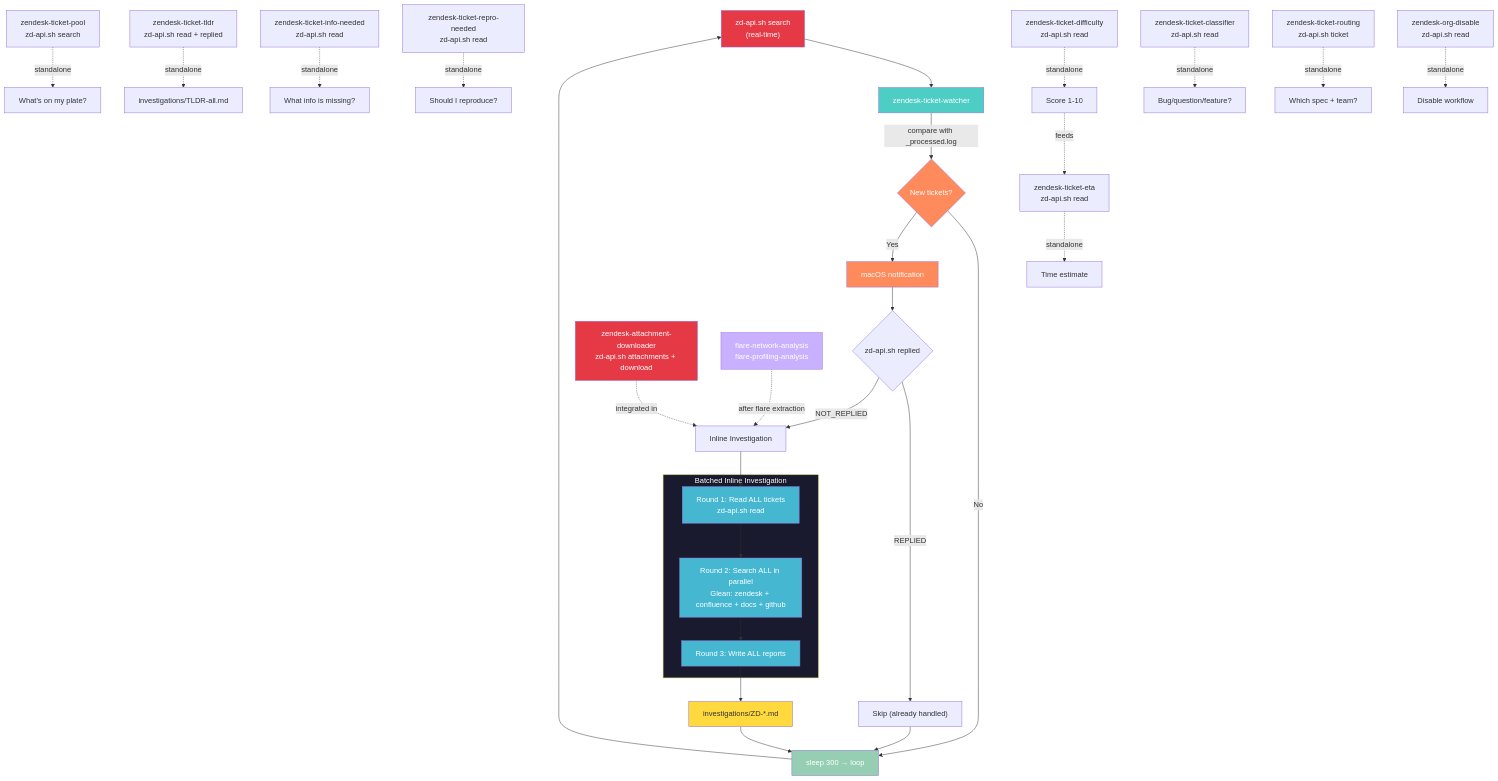
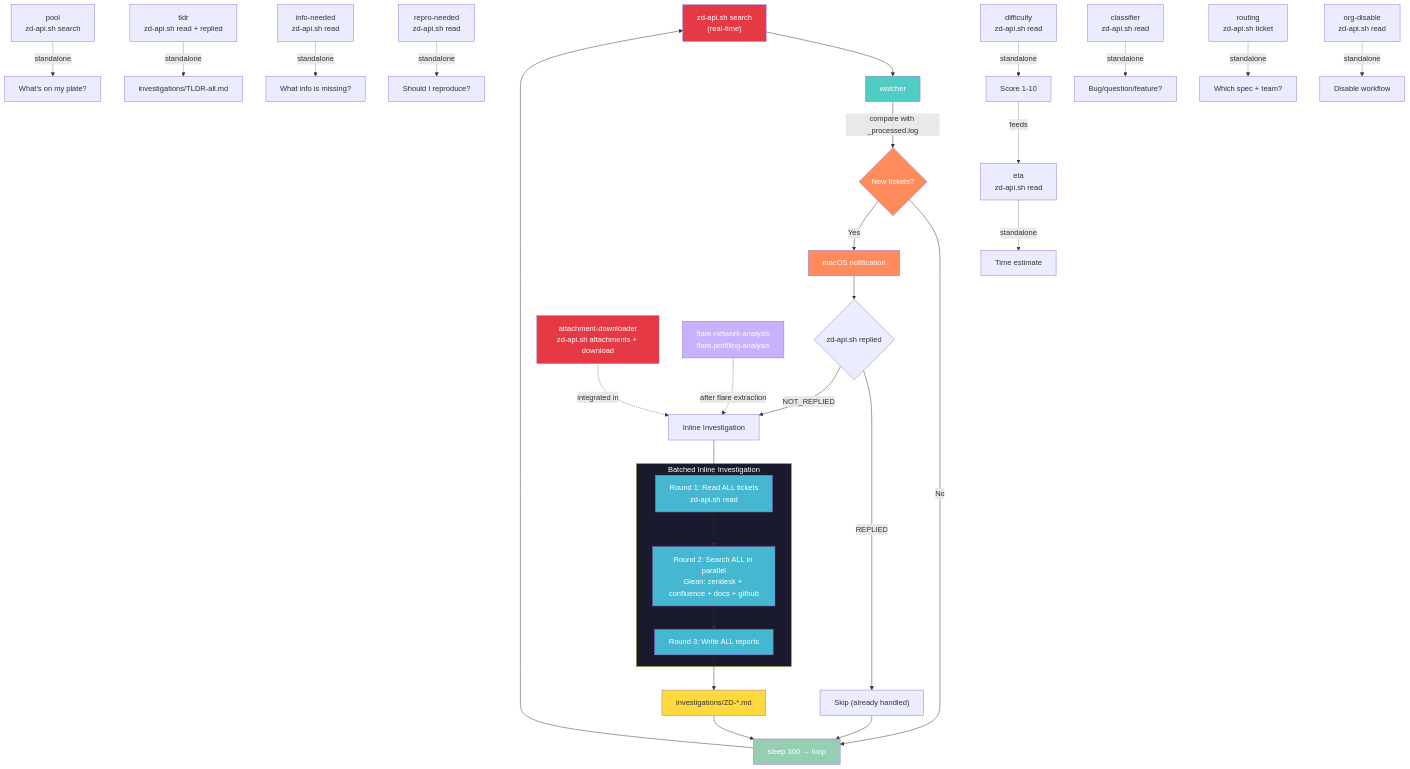
Before and after one commit to ddalexvea/datadog-cursor-diagnose-skills: the second of 2 diagrams in README.md, drawn with Mermaid. The commit also changed other lines of this file and 22 other files, not shown here.

First line of the commit message:
[refactor] Move all zendesk-* skills into zendesk-ticket/ subfolder

````diff
--- a/README.md
+++ b/README.md
@@ -85,49 +110,49 @@
 ```mermaid
 flowchart TD
-    A["zd-api.sh search<br>(real-time)"] --> B[zendesk-ticket-watcher]
+    A["zd-api.sh search<br>(real-time)"] --> B[watcher]
     B -->|"compare with _processed.log"| C{New tickets?}
     C -->|No| S["sleep 300 → loop"]
     C -->|"Yes"| N["macOS notification"]
 
     N --> Reply{"zd-api.sh replied"}
     Reply -->|"REPLIED"| Skip["Skip (already handled)"]
     Reply -->|"NOT_REPLIED"| Inv["Inline Investigation"]
 
     subgraph Investigation["Batched Inline Investigation"]
         R1["Round 1: Read ALL tickets<br>zd-api.sh read"] --> R2["Round 2: Search ALL in parallel<br>Glean: zendesk + confluence + docs + github"]
         R2 --> R3["Round 3: Write ALL reports"]
     end
 
     Inv --> R1
     R3 --> F["investigations/ZD-*.md"]
     F --> S
     Skip --> S
     S --> A
 
-    DL["zendesk-attachment-downloader<br>zd-api.sh attachments + download"] -.->|"integrated in"| Inv
+    DL["attachment-downloader<br>zd-api.sh attachments + download"] -.->|"integrated in"| Inv
     FA["flare-network-analysis<br>flare-profiling-analysis"] -.->|"after flare extraction"| Inv
 
-    G["zendesk-ticket-pool<br>zd-api.sh search"] -.->|standalone| H["What's on my plate?"]
-    T["zendesk-ticket-tldr<br>zd-api.sh read + replied"] -.->|standalone| T1["investigations/TLDR-all.md"]
-    I["zendesk-ticket-info-needed<br>zd-api.sh read"] -.->|standalone| I1["What info is missing?"]
-    J["zendesk-ticket-repro-needed<br>zd-api.sh read"] -.->|standalone| J1["Should I reproduce?"]
-    K["zendesk-ticket-difficulty<br>zd-api.sh read"] -.->|standalone| K1["Score 1-10"]
-    L["zendesk-ticket-eta<br>zd-api.sh read"] -.->|standalone| L1["Time estimate"]
-    CL["zendesk-ticket-classifier<br>zd-api.sh read"] -.->|standalone| CL1["Bug/question/feature?"]
-    RT["zendesk-ticket-routing<br>zd-api.sh ticket"] -.->|standalone| RT1["Which spec + team?"]
-    OD["zendesk-org-disable<br>zd-api.sh read"] -.->|standalone| OD1["Disable workflow"]
+    G["pool<br>zd-api.sh search"] -.->|standalone| H["What's on my plate?"]
+    T["tldr<br>zd-api.sh read + replied"] -.->|standalone| T1["investigations/TLDR-all.md"]
+    I["info-needed<br>zd-api.sh read"] -.->|standalone| I1["What info is missing?"]
+    J["repro-needed<br>zd-api.sh read"] -.->|standalone| J1["Should I reproduce?"]
+    K["difficulty<br>zd-api.sh read"] -.->|standalone| K1["Score 1-10"]
+    L["eta<br>zd-api.sh read"] -.->|standalone| L1["Time estimate"]
+    CL["classifier<br>zd-api.sh read"] -.->|standalone| CL1["Bug/question/feature?"]
+    RT["routing<br>zd-api.sh ticket"] -.->|standalone| RT1["Which spec + team?"]
+    OD["org-disable<br>zd-api.sh read"] -.->|standalone| OD1["Disable workflow"]
     K1 -.->|"feeds"| L
 
     style A fill:#e63946,color:#fff
     style B fill:#4ecdc4,color:#fff
     style C fill:#ff8a5c,color:#fff
     style N fill:#ff8a5c,color:#fff
     style Investigation fill:#1a1a2e,color:#fff
     style R1 fill:#45b7d1,color:#fff
     style R2 fill:#45b7d1,color:#fff
     style R3 fill:#45b7d1,color:#fff
     style F fill:#ffd93d,color:#333
     style S fill:#96ceb4,color:#fff
     style DL fill:#e63946,color:#fff
     style FA fill:#c9b1ff,color:#fff
 ```
````
